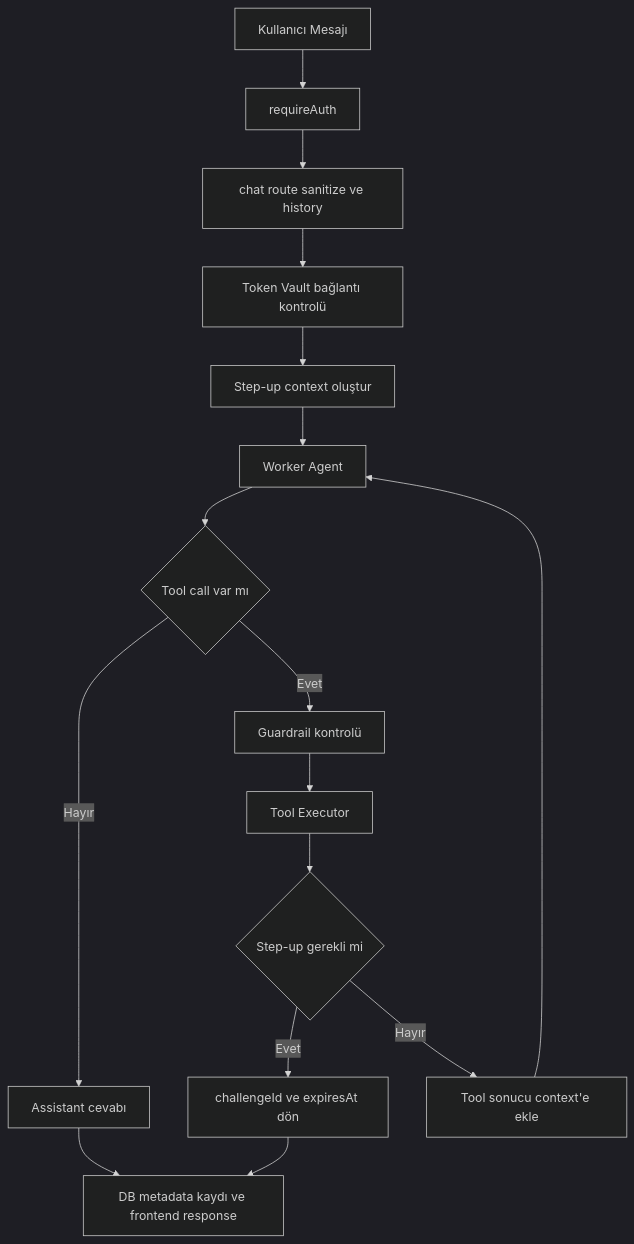
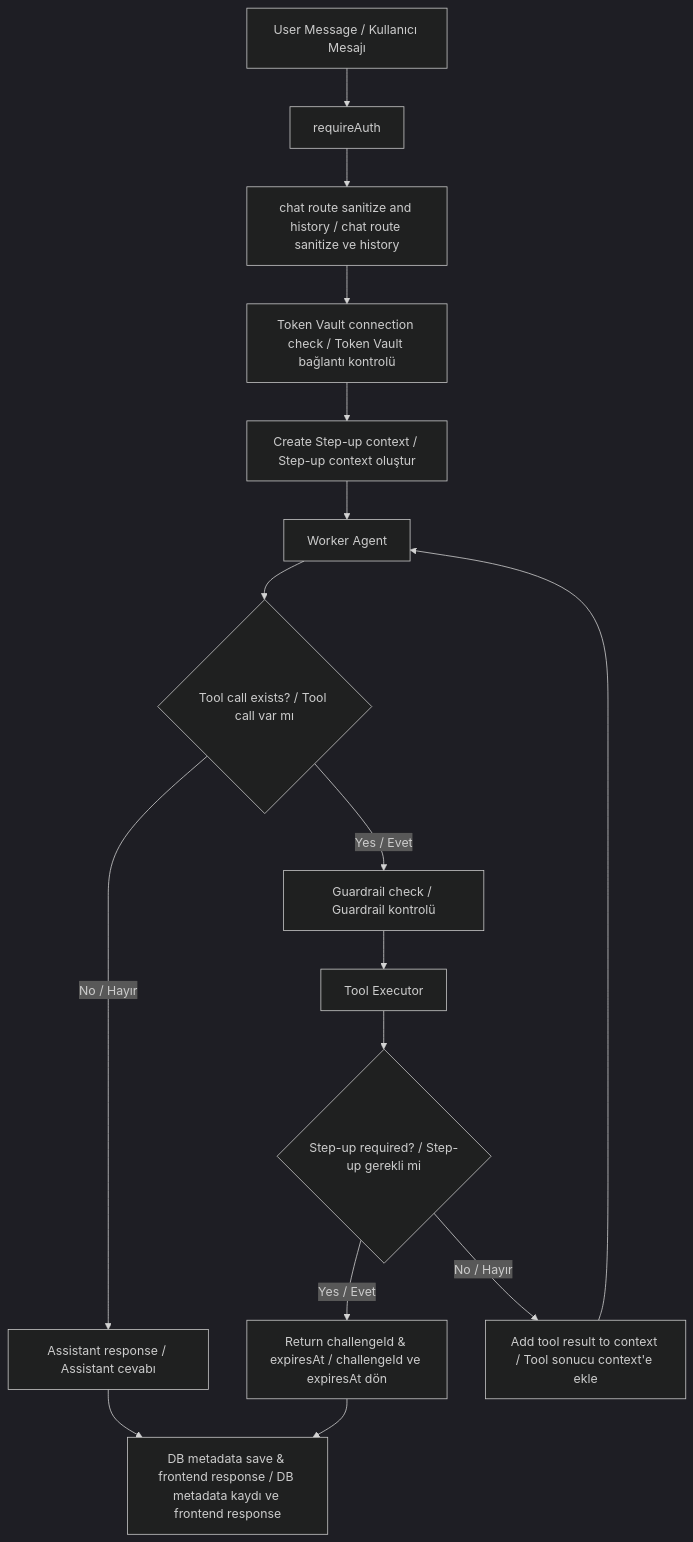
One commit to knowhycodata/knowhy_auth0 changed the first of 5 diagrams in README.md. Above: the diagram before and after it, drawn with Mermaid (dark theme). The commit also changed other lines of this file, not shown here.

````diff
--- a/README.md
+++ b/README.md
@@ -155,18 +167,18 @@
 ```mermaid
 flowchart TD
-    U["Kullanıcı Mesajı"] --> A["requireAuth"]
-    A --> B["chat route sanitize ve history"]
-    B --> C["Token Vault bağlantı kontrolü"]
-    C --> D["Step-up context oluştur"]
+    U["User Message / Kullanıcı Mesajı"] --> A["requireAuth"]
+    A --> B["chat route sanitize and history / chat route sanitize ve history"]
+    B --> C["Token Vault connection check / Token Vault bağlantı kontrolü"]
+    C --> D["Create Step-up context / Step-up context oluştur"]
     D --> E["Worker Agent"]
-    E --> F{"Tool call var mı"}
-    F -- "Hayır" --> G["Assistant cevabı"]
-    F -- "Evet" --> H["Guardrail kontrolü"]
+    E --> F{"Tool call exists? / Tool call var mı"}
+    F -- "No / Hayır" --> G["Assistant response / Assistant cevabı"]
+    F -- "Yes / Evet" --> H["Guardrail check / Guardrail kontrolü"]
     H --> I["Tool Executor"]
-    I --> J{"Step-up gerekli mi"}
-    J -- "Evet" --> K["challengeId ve expiresAt dön"]
-    J -- "Hayır" --> L["Tool sonucu context'e ekle"]
+    I --> J{"Step-up required? / Step-up gerekli mi"}
+    J -- "Yes / Evet" --> K["Return challengeId & expiresAt / challengeId ve expiresAt dön"]
+    J -- "No / Hayır" --> L["Add tool result to context / Tool sonucu context'e ekle"]
     L --> E
-    G --> M["DB metadata kaydı ve frontend response"]
+    G --> M["DB metadata save & frontend response / DB metadata kaydı ve frontend response"]
     K --> M
 ```
````
